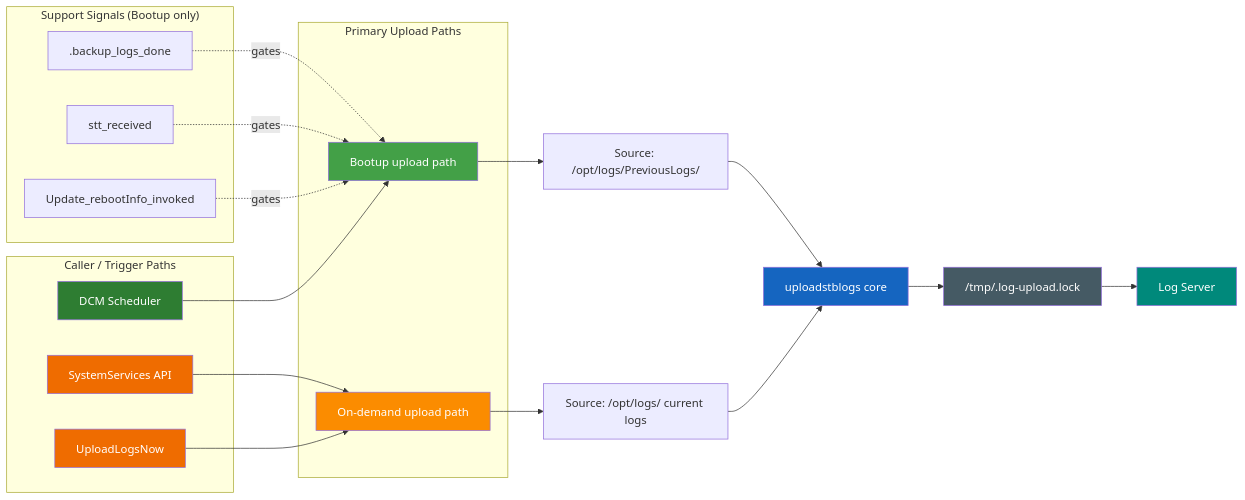
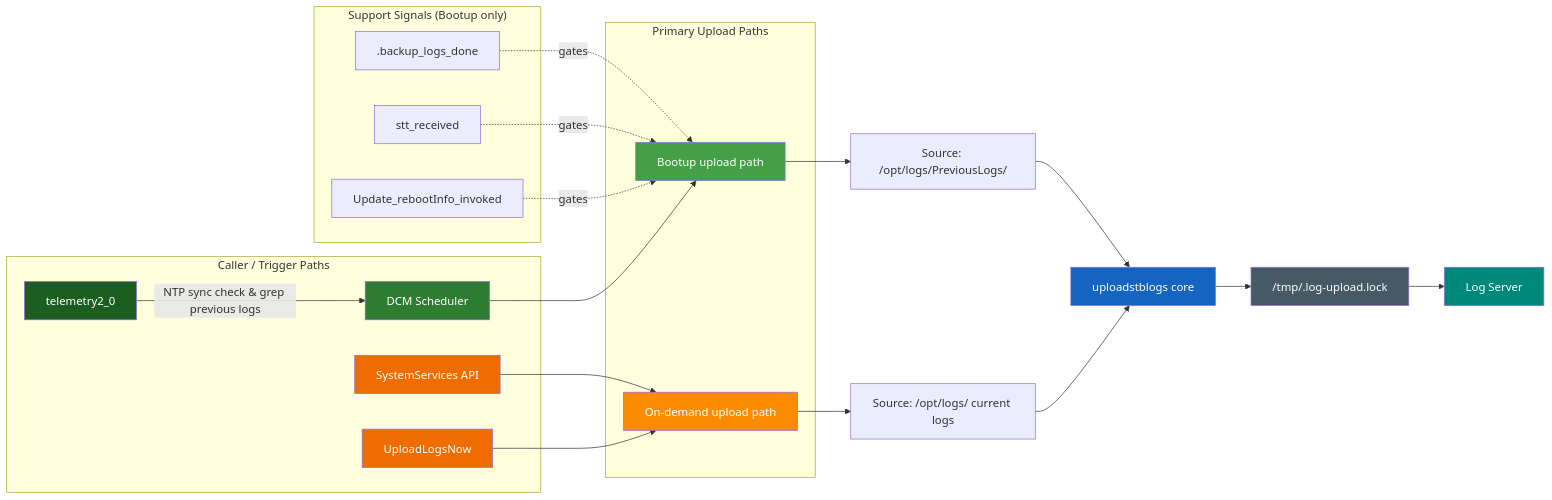
Before and after one commit to rdkcentral/dcm-agent: the tenth of 14 diagrams in openspec/Logupload-Synchronization/specs/slides.md, drawn with Mermaid.

````diff
--- a/openspec/Logupload-Synchronization/specs/slides.md
+++ b/openspec/Logupload-Synchronization/specs/slides.md
@@ -647,43 +647,45 @@
 ```mermaid
 graph LR
   subgraph C["Caller / Trigger Paths"]
-    DCM["DCM Scheduler"]
+    TEL["telemetry2_0"] -->|NTP sync check & grep previous logs| DCM["DCM Scheduler"]
     SS["SystemServices API"]
     ULN["UploadLogsNow"]
   end
 
   subgraph P["Primary Upload Paths"]
     BUP["Bootup upload path"]
     ODP["On-demand upload path"]
   end
 
   subgraph S["Support Signals (Bootup only)"]
     S1[".backup_logs_done"]
     S2["stt_received"]
     S3["Update_rebootInfo_invoked"]
   end
 
   DCM --> BUP
   SS --> ODP
   ULN --> ODP
 
   S1 -.gates.-> BUP
   S2 -.gates.-> BUP
   S3 -.gates.-> BUP
-
+ 
   BUP --> PREV["Source: /opt/logs/PreviousLogs/"]
   ODP --> CURR["Source: /opt/logs/ current logs"]
   PREV --> CORE["uploadstblogs core"]
   CURR --> CORE
   CORE --> LOCK["/tmp/.log-upload.lock"]
   LOCK --> SERVER["Log Server"]
 
+  style TEL fill:#1b5e20,color:#fff
   style DCM fill:#2e7d32,color:#fff
   style SS fill:#ef6c00,color:#fff
   style ULN fill:#ef6c00,color:#fff
   style BUP fill:#43a047,color:#fff
   style ODP fill:#fb8c00,color:#fff
   style CORE fill:#1565c0,color:#fff
   style LOCK fill:#455a64,color:#fff
   style SERVER fill:#00897b,color:#fff
+
 ```
````
